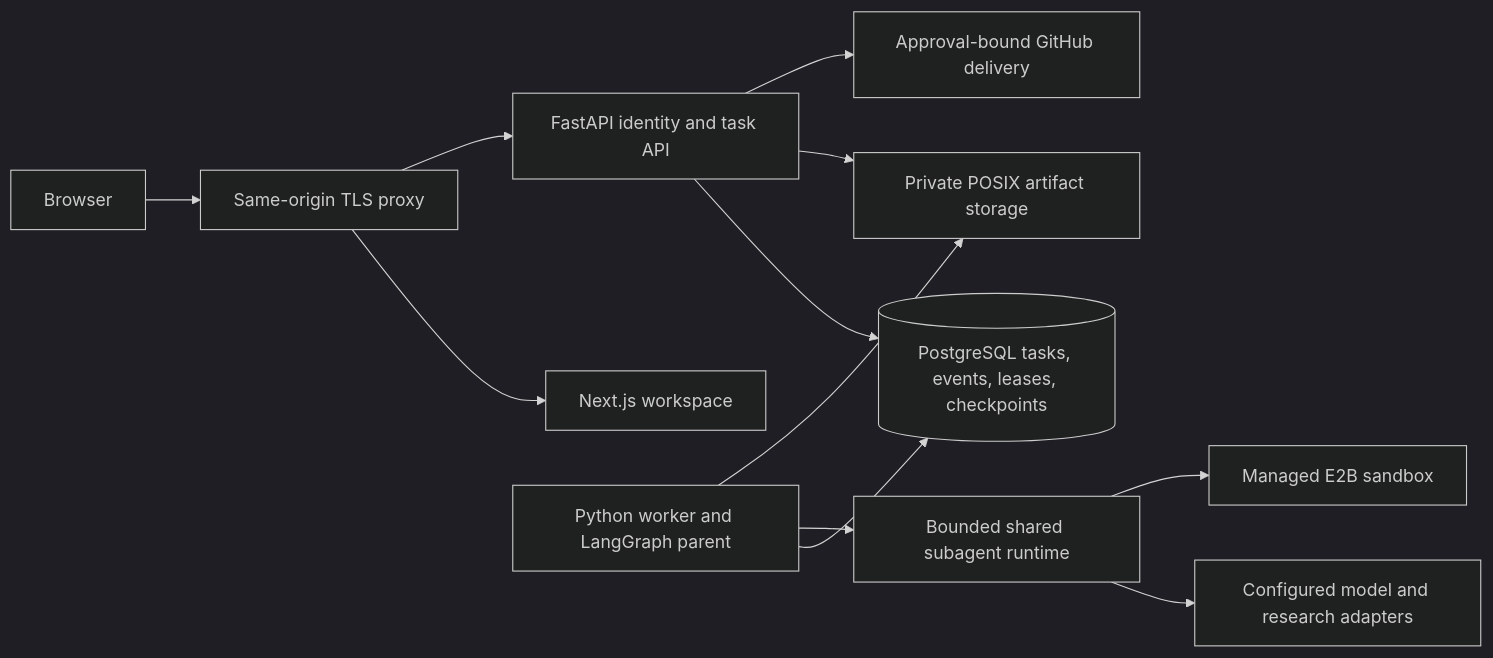
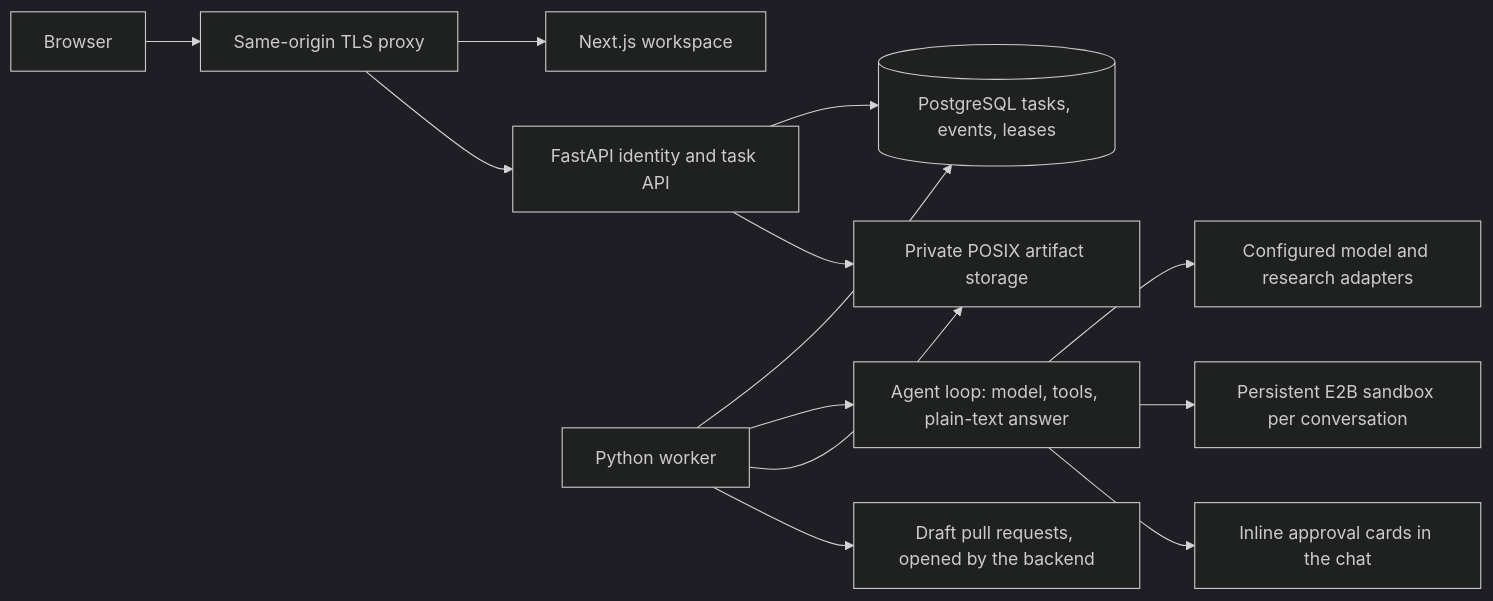
One commit to harshkolte01/AgentForge changed the diagram in README.md. Above: the diagram before and after it, drawn with Mermaid (dark theme). The commit also changed other lines of this file and 282 other files, not shown here.

Commit message:
Unify agent runtime and harden conversation, sandbox, and GitHub workflows

````diff
--- a/README.md
+++ b/README.md
@@ -20,14 +29,15 @@
 ```mermaid
 flowchart LR
     Browser --> Proxy[Same-origin TLS proxy]
     Proxy --> Web[Next.js workspace]
     Proxy --> API[FastAPI identity and task API]
-    API --> DB[(PostgreSQL tasks, events, leases, checkpoints)]
-    Worker[Python worker and LangGraph parent] --> DB
-    Worker --> Runtime[Bounded shared subagent runtime]
-    Runtime --> Providers[Configured model and research adapters]
-    Runtime --> E2B[Managed E2B sandbox]
+    API --> DB[(PostgreSQL tasks, events, leases)]
+    Worker[Python worker] --> DB
+    Worker --> Agent[Agent loop: model, tools, plain-text answer]
+    Agent --> Providers[Configured model and research adapters]
+    Agent --> E2B[Persistent E2B sandbox per conversation]
+    Agent --> Approvals[Inline approval cards in the chat]
     Worker --> Artifacts[Private POSIX artifact storage]
     API --> Artifacts
-    API --> GitHub[Approval-bound GitHub delivery]
+    Worker --> GitHub[Draft pull requests, opened by the backend]
 ```
````
